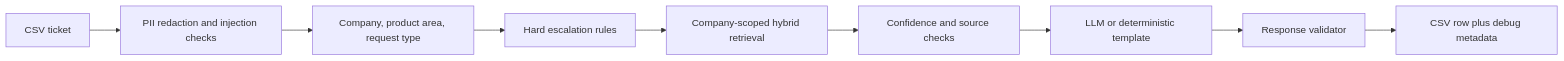
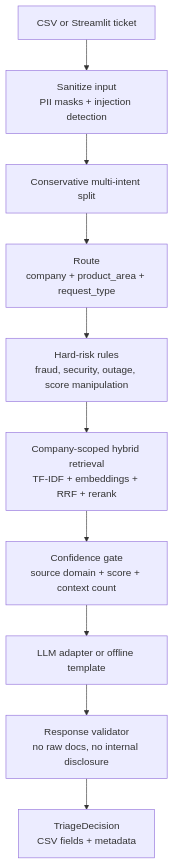
The first of 2 diagrams in README.md (Sathvikar01/support-triage-agent), drawn with Mermaid before and after one commit. The commit also changed other lines of this file and 12 other files, not shown here.

````diff
--- a/README.md
+++ b/README.md
@@ -76,11 +84,12 @@
 ```mermaid
-flowchart LR
-    CSV["CSV ticket"] --> Sanitize["PII redaction and injection checks"]
-    Sanitize --> Classify["Company, product area, request type"]
-    Classify --> Risk["Hard escalation rules"]
-    Risk --> Retrieve["Company-scoped hybrid retrieval"]
-    Retrieve --> Confidence["Confidence and source checks"]
-    Confidence --> Generate["LLM or deterministic template"]
-    Generate --> Validate["Response validator"]
-    Validate --> Output["CSV row plus debug metadata"]
+flowchart TB
+    Input["CSV or Streamlit ticket"] --> Sanitize["Sanitize input\nPII masks + injection detection"]
+    Sanitize --> Split["Conservative multi-intent split"]
+    Split --> Classify["Route\ncompany + product_area + request_type"]
+    Classify --> Risk["Hard-risk rules\nfraud, security, outage, score manipulation"]
+    Risk --> Retrieve["Company-scoped hybrid retrieval\nTF-IDF + embeddings + RRF + rerank"]
+    Retrieve --> Confidence["Confidence gate\nsource domain + score + context count"]
+    Confidence --> Response["LLM adapter or offline template"]
+    Response --> Validate["Response validator\nno raw docs, no internal disclosure"]
+    Validate --> Decision["TriageDecision\nCSV fields + metadata"]
 ```
````
